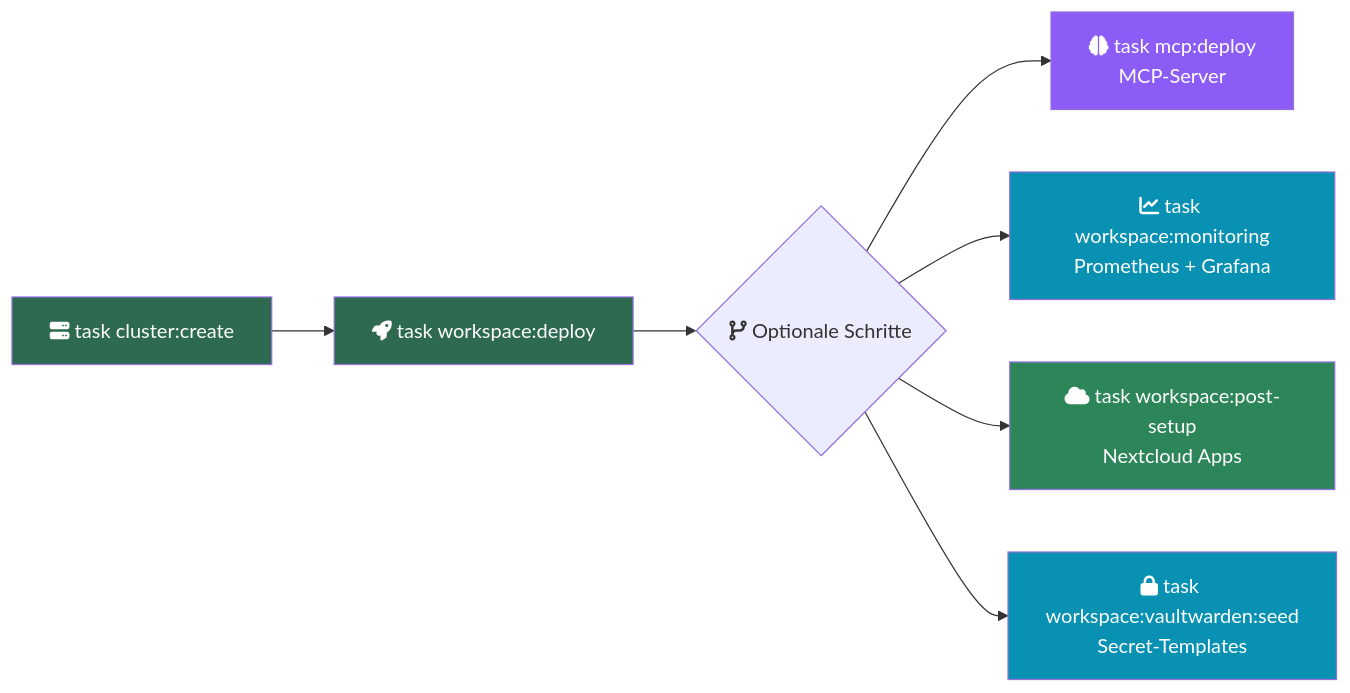
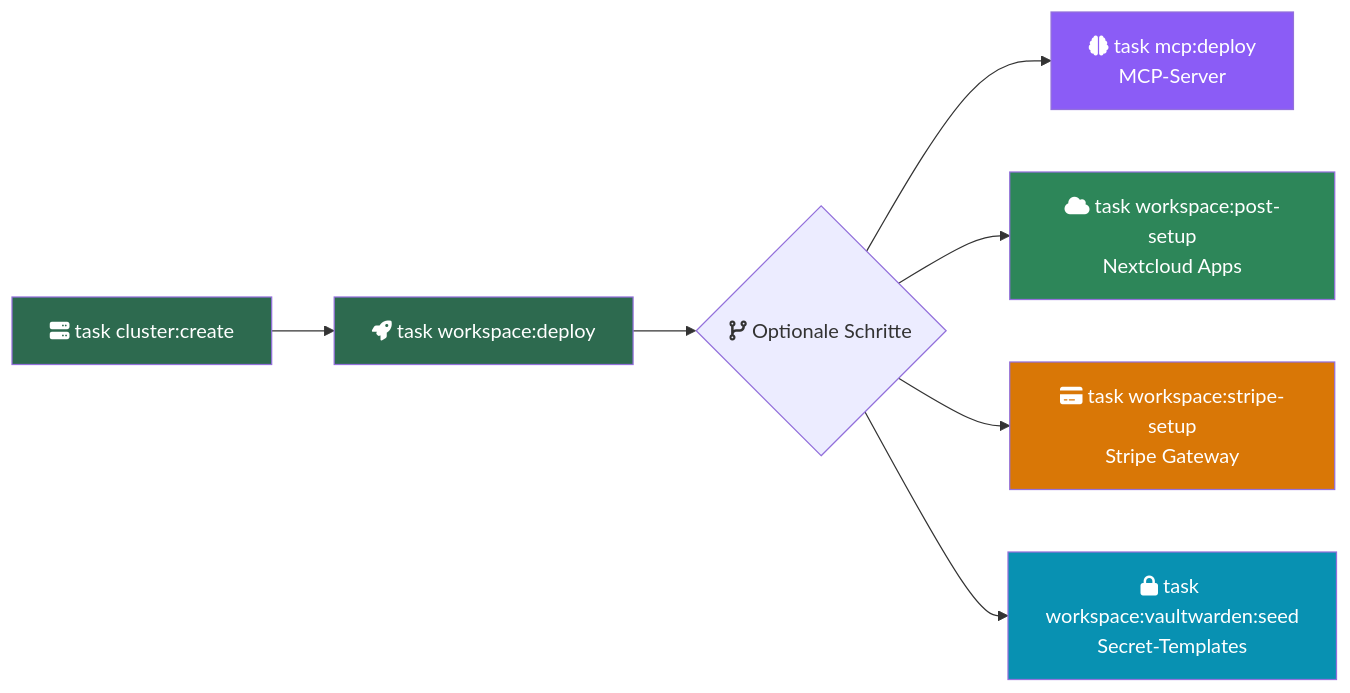
Before and after one commit to Paddione/Bachelorprojekt: the third of 3 diagrams in k3d/docs-content/README.md, drawn with Mermaid. The commit also changed other lines of this file and 11 other files, not shown here.

First line of the commit message:
docs: update architecture diagrams and data model to current state

````diff
--- a/k3d/docs-content/README.md
+++ b/k3d/docs-content/README.md
@@ -147,16 +150,16 @@
 ```mermaid
 flowchart LR
     A["fa:fa-server task cluster:create"] --> B["fa:fa-rocket task workspace:deploy"]
     B --> C{"fa:fa-code-branch Optionale Schritte"}
     C --> D["fa:fa-brain task mcp:deploy<br/>MCP-Server"]
-    C --> E["fa:fa-chart-line task workspace:monitoring<br/>Prometheus + Grafana"]
-    C --> F["fa:fa-cloud task workspace:post-setup<br/>Nextcloud Apps"]
+    C --> E["fa:fa-cloud task workspace:post-setup<br/>Nextcloud Apps"]
+    C --> F["fa:fa-credit-card task workspace:stripe-setup<br/>Stripe Gateway"]
     C --> G["fa:fa-lock task workspace:vaultwarden:seed<br/>Secret-Templates"]
 
     style A fill:#2d6a4f,color:#fff
     style B fill:#2d6a4f,color:#fff
     style D fill:#8b5cf6,color:#fff
-    style E fill:#0891b2,color:#fff
-    style F fill:#2d8659,color:#fff
+    style E fill:#2d8659,color:#fff
+    style F fill:#d97706,color:#fff
     style G fill:#0891b2,color:#fff
 ```
````
